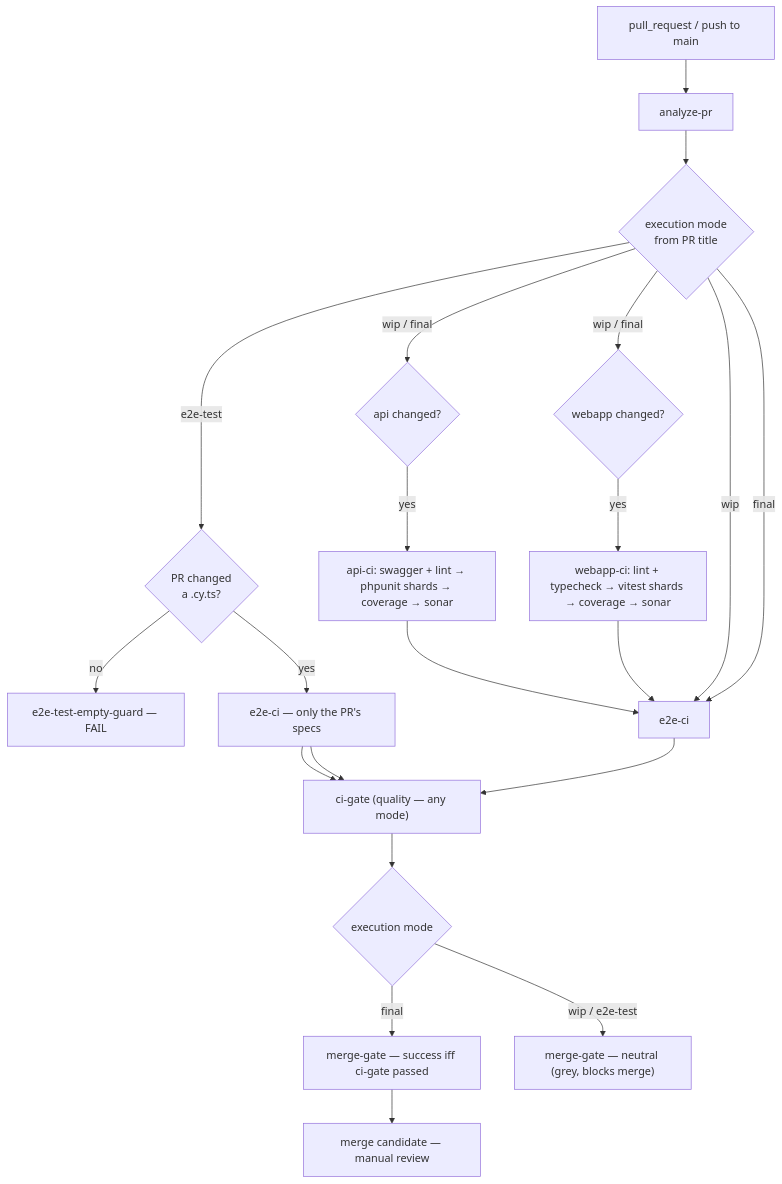
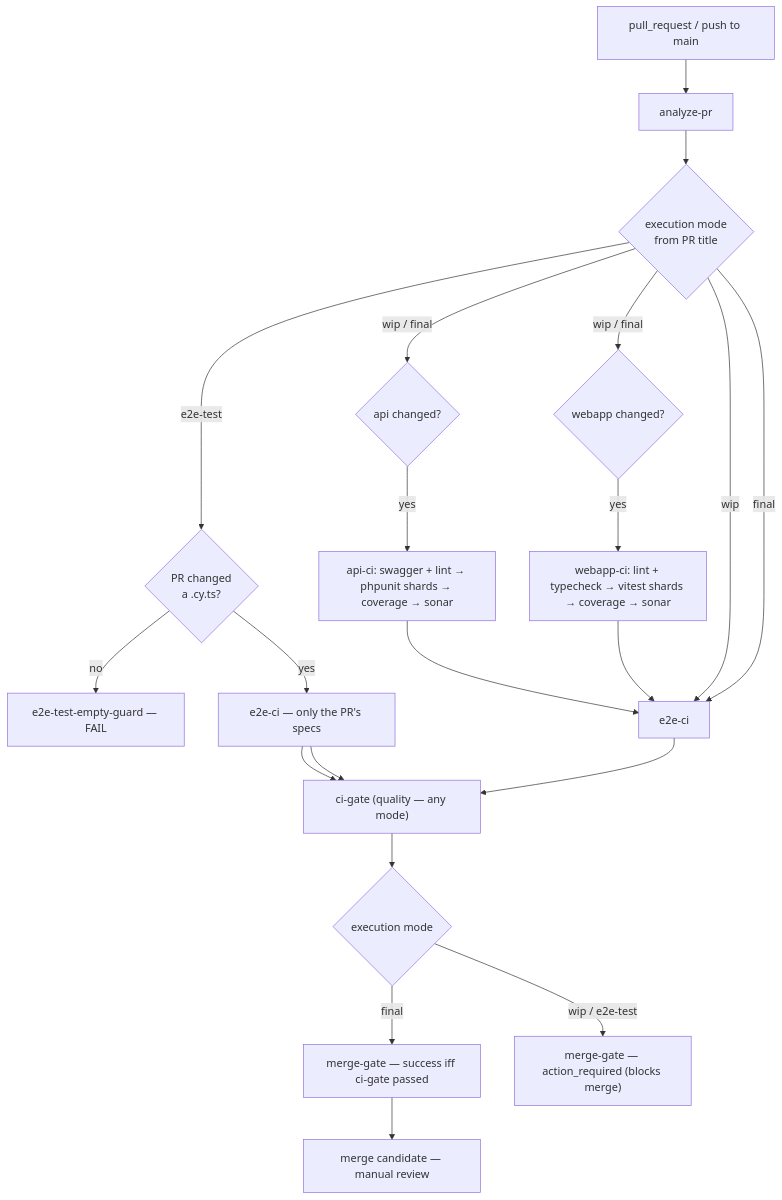
Before and after one commit to pakodiazdev/sushigo: the diagram in doc/conventions/ci/pipeline.md, drawn with Mermaid. The commit also changed other lines of this file and 9 other files, not shown here.

First line of the commit message:
🐛 [#596] - Fix merge-gate: action_required blocks, neutral does not; match [wip] by content 🔒

````diff
--- a/doc/conventions/ci/pipeline.md
+++ b/doc/conventions/ci/pipeline.md
@@ -21,28 +21,28 @@
 ```mermaid
 flowchart TD
     PR[pull_request / push to main] --> A[analyze-pr]
     A --> MODE{execution mode<br/>from PR title}
 
     MODE -->|e2e-test| GUARD{PR changed<br/>a .cy.ts?}
     GUARD -->|no| GFAIL[e2e-test-empty-guard — FAIL]
     GUARD -->|yes| ECY[e2e-ci — only the PR's specs]
     ECY --> GATE
 
     MODE -->|wip / final| AQ{api changed?}
     MODE -->|wip / final| WQ{webapp changed?}
 
     AQ -->|yes| ACI[api-ci: swagger + lint → phpunit shards → coverage → sonar]
     WQ -->|yes| WCI[webapp-ci: lint + typecheck → vitest shards → coverage → sonar]
 
     ACI --> E2E[e2e-ci]
     WCI --> E2E
     MODE -->|wip| E2E
     MODE -->|final| E2E
     E2E --> GATE["ci-gate (quality — any mode)"]
     ECY --> GATE
 
     GATE --> MG{execution mode}
     MG -->|final| MERGEGATE["merge-gate — success iff ci-gate passed"]
-    MG -->|wip / e2e-test| MGNEUTRAL["merge-gate — neutral (grey, blocks merge)"]
+    MG -->|wip / e2e-test| MGHOLD["merge-gate — action_required (blocks merge)"]
     MERGEGATE --> MERGEOK[merge candidate — manual review]
 ```
````
